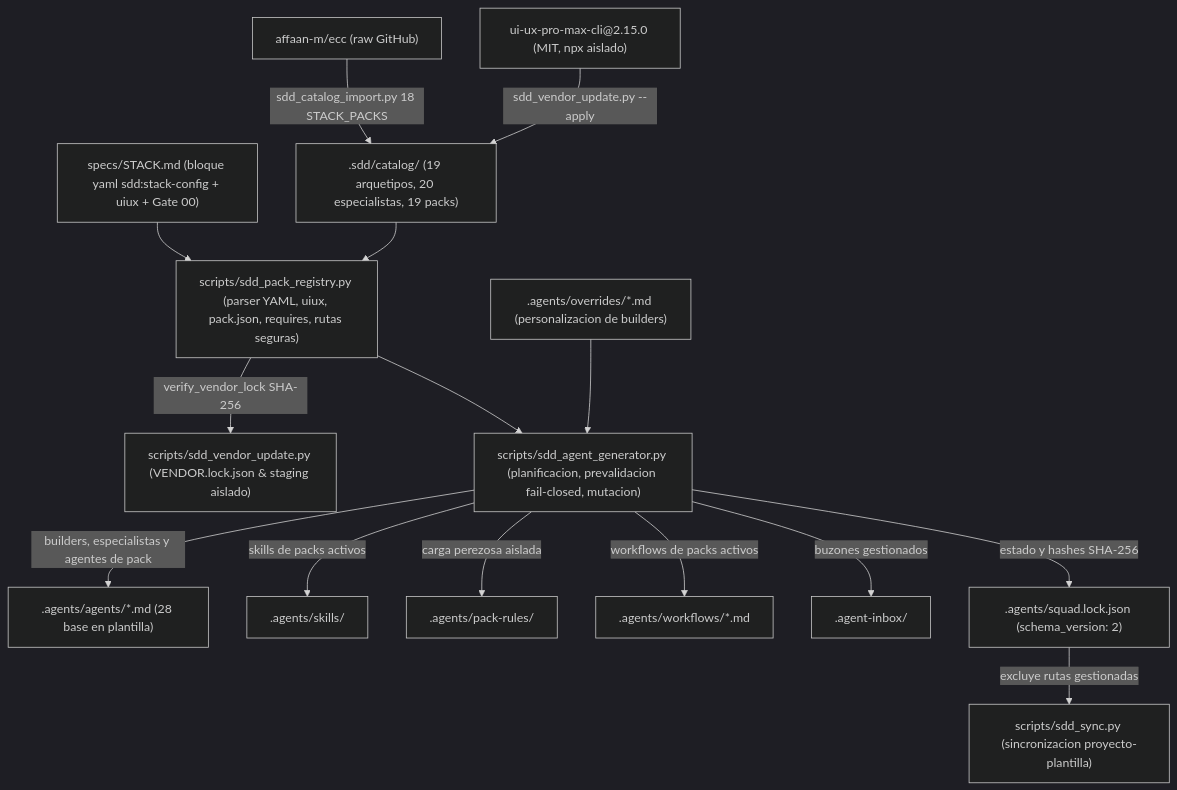
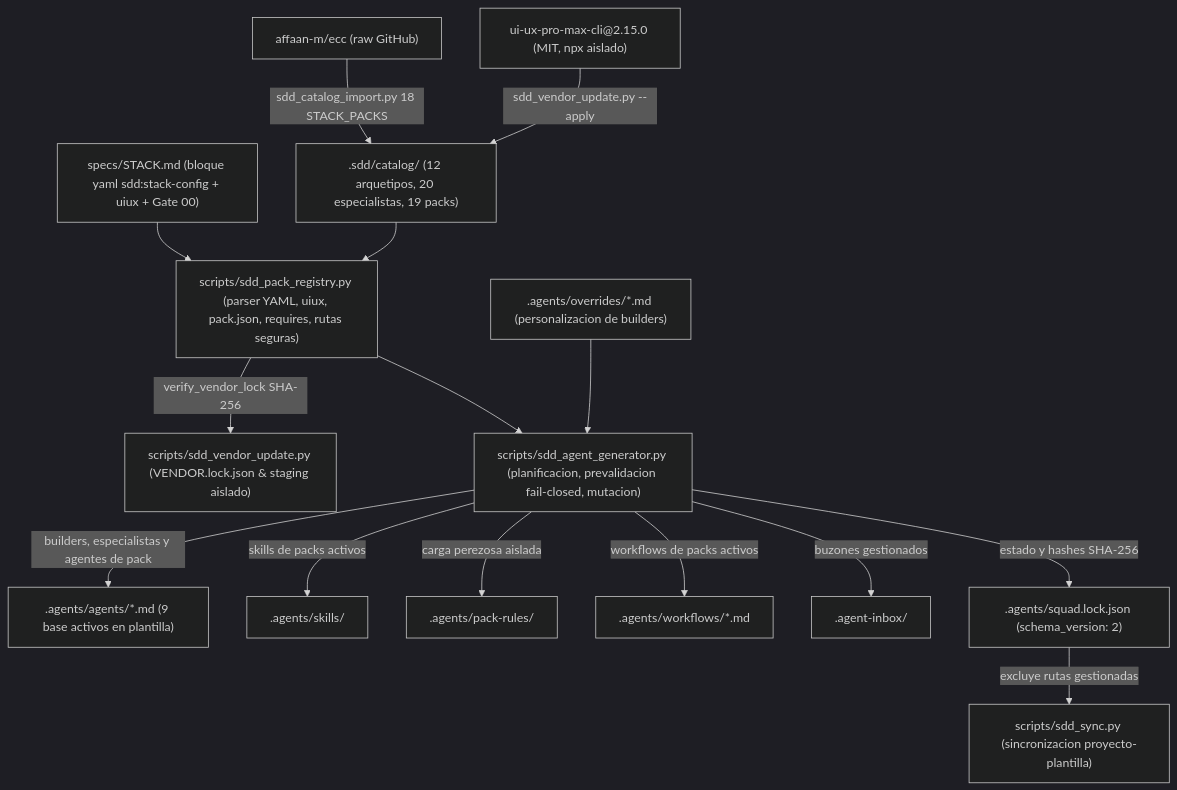
The first of 4 diagrams in docs/knowledge/SYSTEM_TOPOLOGY.md (serchodm/sdd-agentic-starter), drawn with Mermaid (dark theme) before and after one commit. The commit also changed other lines of this file and 9 other files, not shown here.

````diff
--- a/docs/knowledge/SYSTEM_TOPOLOGY.md
+++ b/docs/knowledge/SYSTEM_TOPOLOGY.md
@@ -5,19 +5,19 @@
 ```mermaid
 flowchart TD
     STACK["specs/STACK.md (bloque yaml sdd:stack-config + uiux + Gate 00)"] --> REG["scripts/sdd_pack_registry.py (parser YAML, uiux, pack.json, requires, rutas seguras)"]
-    CAT[".sdd/catalog/ (19 arquetipos, 20 especialistas, 19 packs)"] --> REG
+    CAT[".sdd/catalog/ (12 arquetipos, 20 especialistas, 19 packs)"] --> REG
     REG -->|verify_vendor_lock SHA-256| VENDOR["scripts/sdd_vendor_update.py (VENDOR.lock.json & staging aislado)"]
     OVR[".agents/overrides/*.md (personalizacion de builders)"] --> GEN["scripts/sdd_agent_generator.py (planificacion, prevalidacion fail-closed, mutacion)"]
     REG --> GEN
 
-    GEN -->|builders, especialistas y agentes de pack| AGENTS[".agents/agents/*.md (28 base en plantilla)"]
+    GEN -->|builders, especialistas y agentes de pack| AGENTS[".agents/agents/*.md (9 base activos en plantilla)"]
     GEN -->|skills de packs activos| SKILLS[".agents/skills/"]
     GEN -->|carga perezosa aislada| PACKRULES[".agents/pack-rules/"]
     GEN -->|workflows de packs activos| WF[".agents/workflows/*.md"]
     GEN -->|buzones gestionados| INBOX[".agent-inbox/"]
     GEN -->|estado y hashes SHA-256| LOCK[".agents/squad.lock.json (schema_version: 2)"]
 
     UPSTREAM["affaan-m/ecc (raw GitHub)"] -->|sdd_catalog_import.py 18 STACK_PACKS| CAT
     UIUP["ui-ux-pro-max-cli@2.15.0 (MIT, npx aislado)"] -->|sdd_vendor_update.py --apply| CAT
     LOCK -->|excluye rutas gestionadas| SYNC["scripts/sdd_sync.py (sincronizacion proyecto-plantilla)"]
 ```
````
